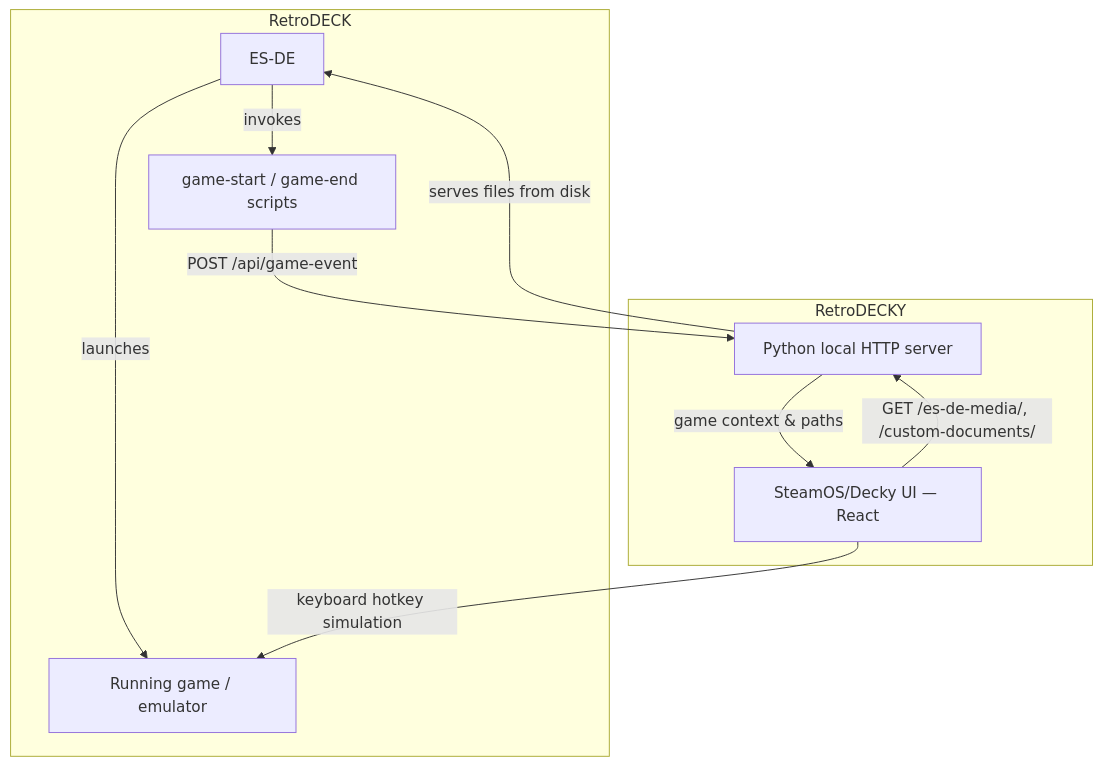
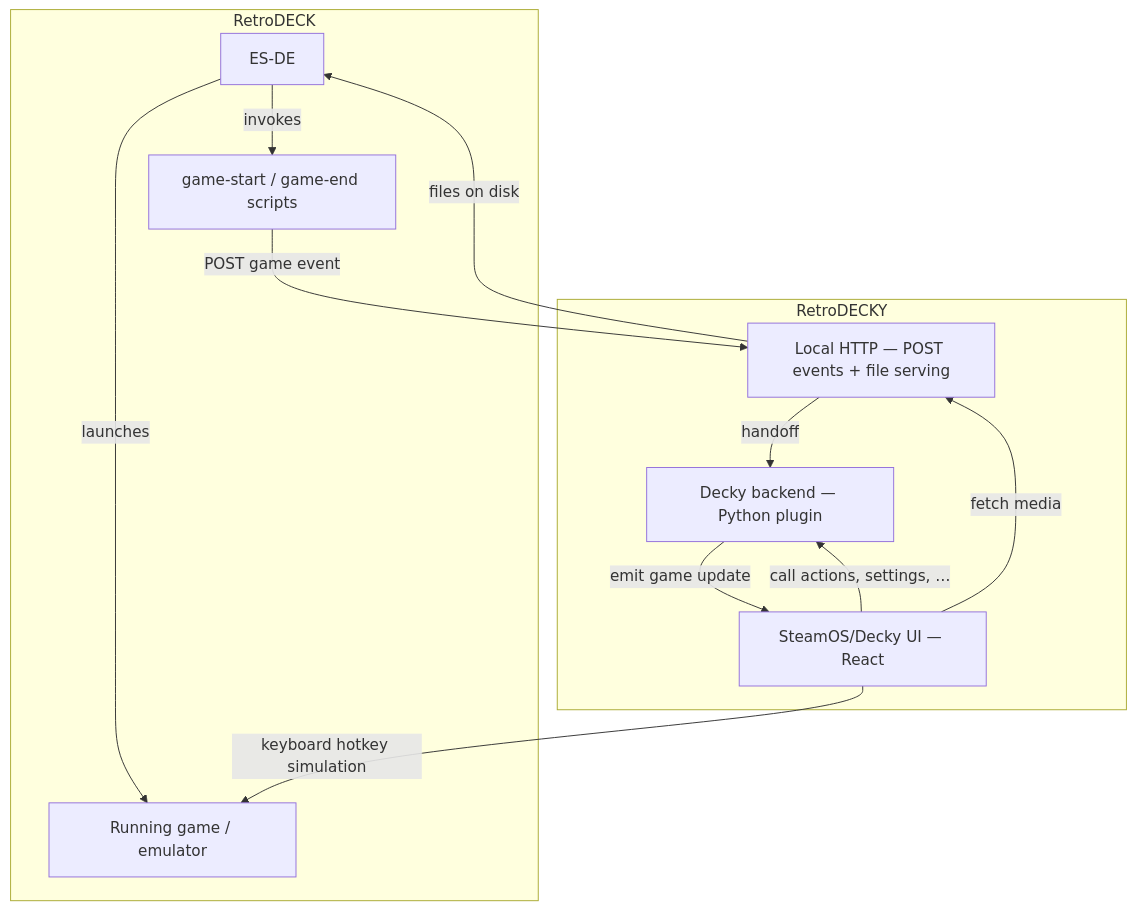
The diagram in README.md (Teppichseite/RetroDECKY), drawn with Mermaid before and after one commit. The commit also changed other lines of this file, not shown here.

````diff
--- a/README.md
+++ b/README.md
@@ -129,21 +137,24 @@
 ```mermaid
 flowchart TB
     subgraph retrodeck["RetroDECK"]
         ES["ES-DE"]
         Game["Running game / emulator"]
         Scripts["game-start / game-end scripts"]
     end
 
     subgraph plugin["RetroDECKY"]
         UI["SteamOS/Decky UI — React"]
-        Py["Python local HTTP server"]
+        HTTP["Local HTTP — POST events + file serving"]
+        BE["Decky backend — Python plugin"]
     end
 
     ES -->|"launches"| Game
     ES -->|"invokes"| Scripts
-    Scripts -->|"POST /api/game-event"| Py
-    Py -->|"game context & paths"| UI
-    UI -->|"GET /es-de-media/, /custom-documents/"| Py
-    Py -->|"serves files from disk"| ES
+    Scripts -->|"POST game event"| HTTP
+    HTTP -->|"handoff"| BE
+    BE -->|"emit game update"| UI
+    UI -->|"call actions, settings, …"| BE
+    UI -->|"fetch media"| HTTP
+    HTTP -->|"files on disk"| ES
     UI -->|"keyboard hotkey simulation"| Game
 ```
````
